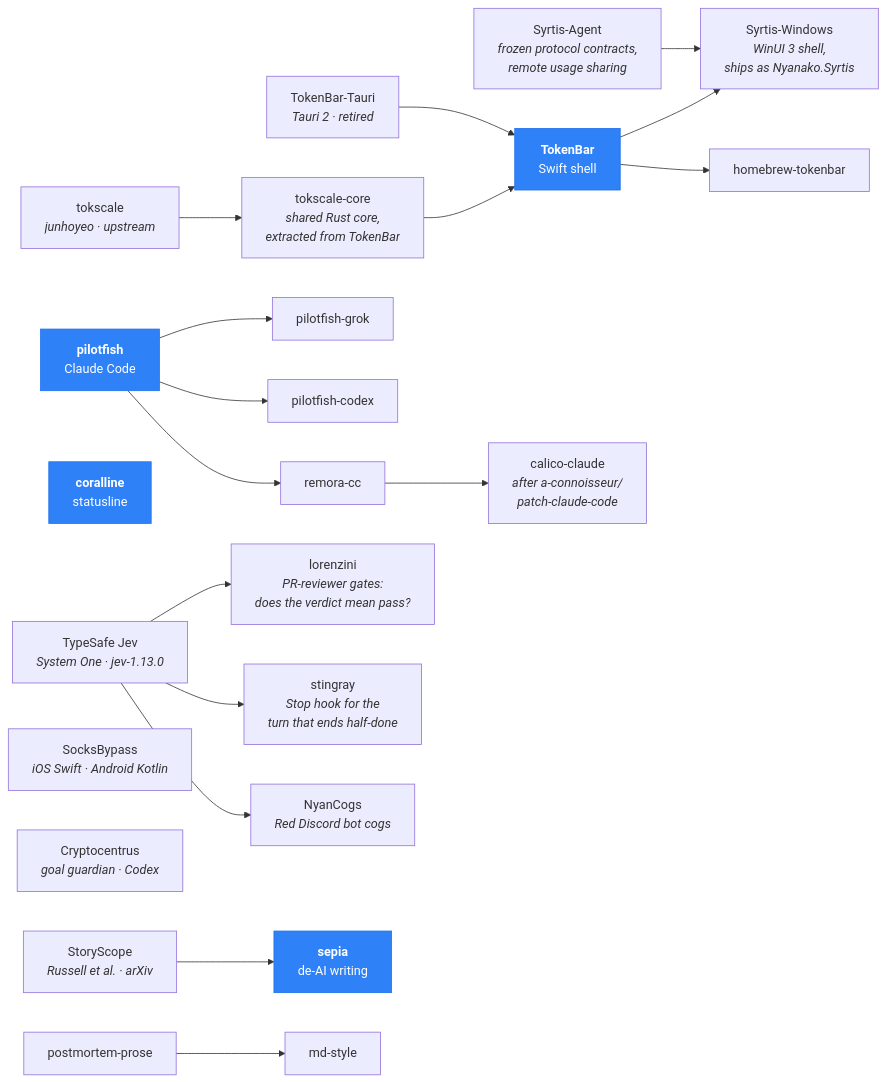
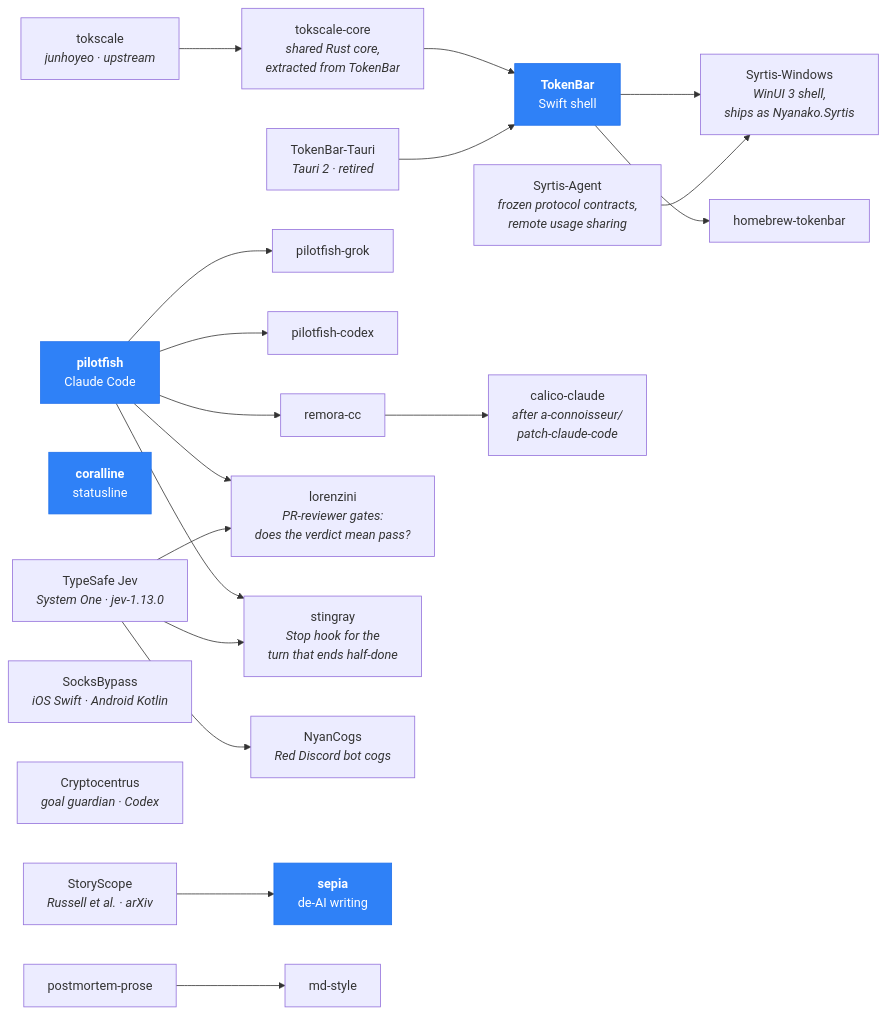
One commit to Nanako0129/Nanako0129 changed the diagram in README.md. Above: the diagram before and after it, drawn with Mermaid. The commit also changed other lines of this file and 1 other file, not shown here.

Commit message:
docs(readme): hang lorenzini and stingray under pilotfish, list lorenzini
Two product decisions that had been left open on this PR:

The lineage graph now draws both Claude Code tools as children of
pilotfish, alongside remora-cc, while keeping the TypeSafe Jev edges
that already named them as API consumers. They are not extracted from
pilotfish; they live in that cluster because they are Claude Code
runtime tools the same way remora-cc is. Cryptocentrus stays on its
own: its Stop hook asks Claude, not this family.

The featured table gains lorenzini. FEATURED in
scripts/update_readme.py now takes membership; render_projects() still
sorts by live star count. The blurb is "PR-reviewer gates that decide
whether a verdict means pass", written from the GitHub description
as of this commit so drift_report() has a baseline. Live API numbers
at write time: ★17, latest `v0.2.3`, no installer assets. stingray
stays off the table; only lorenzini was asked for.

scripts/test_update_readme.py still passes (FEATURED is mocked there).

````diff
--- a/README.md
+++ b/README.md
@@ -117,27 +118,29 @@
 ```mermaid
 graph LR
   TS["tokscale<br/><i>junhoyeo · upstream</i>"] --> TC["tokscale-core<br/><i>shared Rust core,<br/>extracted from TokenBar</i>"]
   TC --> T2
   T1["TokenBar-Tauri<br/><i>Tauri 2 · retired</i>"] --> T2["<b>TokenBar</b><br/>Swift shell"]
   T2 --> T3["Syrtis-Windows<br/><i>WinUI 3 shell,<br/>ships as Nyanako.Syrtis</i>"]
   T2 --> T4["homebrew-tokenbar"]
   SY["Syrtis-Agent<br/><i>frozen protocol contracts,<br/>remote usage sharing</i>"] --> T3
 
   P1["<b>pilotfish</b><br/>Claude Code"] --> P2["pilotfish-grok"]
   P1 --> P3["pilotfish-codex"]
   P1 --> P4["remora-cc"]
   P4 --> P5["calico-claude<br/><i>after a-connoisseur/<br/>patch-claude-code</i>"]
+  P1 --> L1["lorenzini<br/><i>PR-reviewer gates:<br/>does the verdict mean pass?</i>"]
+  P1 --> ST["stingray<br/><i>Stop hook for the<br/>turn that ends half-done</i>"]
 
   C1["<b>coralline</b><br/>statusline"]
-  JV["TypeSafe Jev<br/><i>System One · jev-1.13.0</i>"] --> L1["lorenzini<br/><i>PR-reviewer gates:<br/>does the verdict mean pass?</i>"]
-  JV --> ST["stingray<br/><i>Stop hook for the<br/>turn that ends half-done</i>"]
+  JV["TypeSafe Jev<br/><i>System One · jev-1.13.0</i>"] --> L1
+  JV --> ST
   JV --> N1["NyanCogs<br/><i>Red Discord bot cogs</i>"]
   S1["SocksBypass<br/><i>iOS Swift · Android Kotlin</i>"]
   CR["Cryptocentrus<br/><i>goal guardian · Codex</i>"]
 
   SS["StoryScope<br/><i>Russell et al. · arXiv</i>"] --> W3["<b>sepia</b><br/>de-AI writing"]
   W1["postmortem-prose"] --> W2["md-style"]
 
   classDef flagship fill:#2f81f7,stroke:#1f6feb,color:#fff
   class T2,P1,C1,W3 flagship
 ```
````
